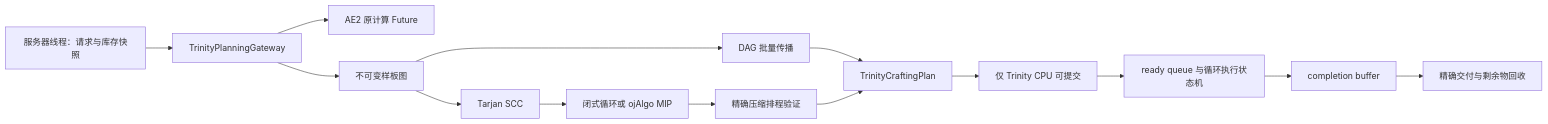
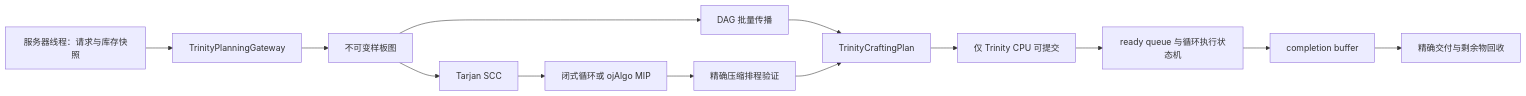
One commit to fish1145/DataEnergistics changed the diagram in docs/crafting-dispatch/trinity-cpu-planning-and-cycle-architecture.md. Above: the diagram before and after it, drawn with Mermaid. The commit also changed other lines of this file and 167 other files, not shown here.

````diff
--- a/docs/crafting-dispatch/trinity-cpu-planning-and-cycle-architecture.md
+++ b/docs/crafting-dispatch/trinity-cpu-planning-and-cycle-architecture.md
@@ -35,16 +35,15 @@
 ```mermaid
 flowchart LR
     A["服务器线程：请求与库存快照"] --> B["TrinityPlanningGateway"]
-    B --> C["AE2 原计算 Future"]
     B --> D["不可变样板图"]
     D --> E["DAG 批量传播"]
     D --> F["Tarjan SCC"]
     F --> G["闭式循环或 ojAlgo MIP"]
     G --> H["精确压缩排程验证"]
     E --> I["TrinityCraftingPlan"]
     H --> I
     I --> J["仅 Trinity CPU 可提交"]
     J --> K["ready queue 与循环执行状态机"]
     K --> L["completion buffer"]
     L --> M["精确交付与剩余物回收"]
 ```
````
